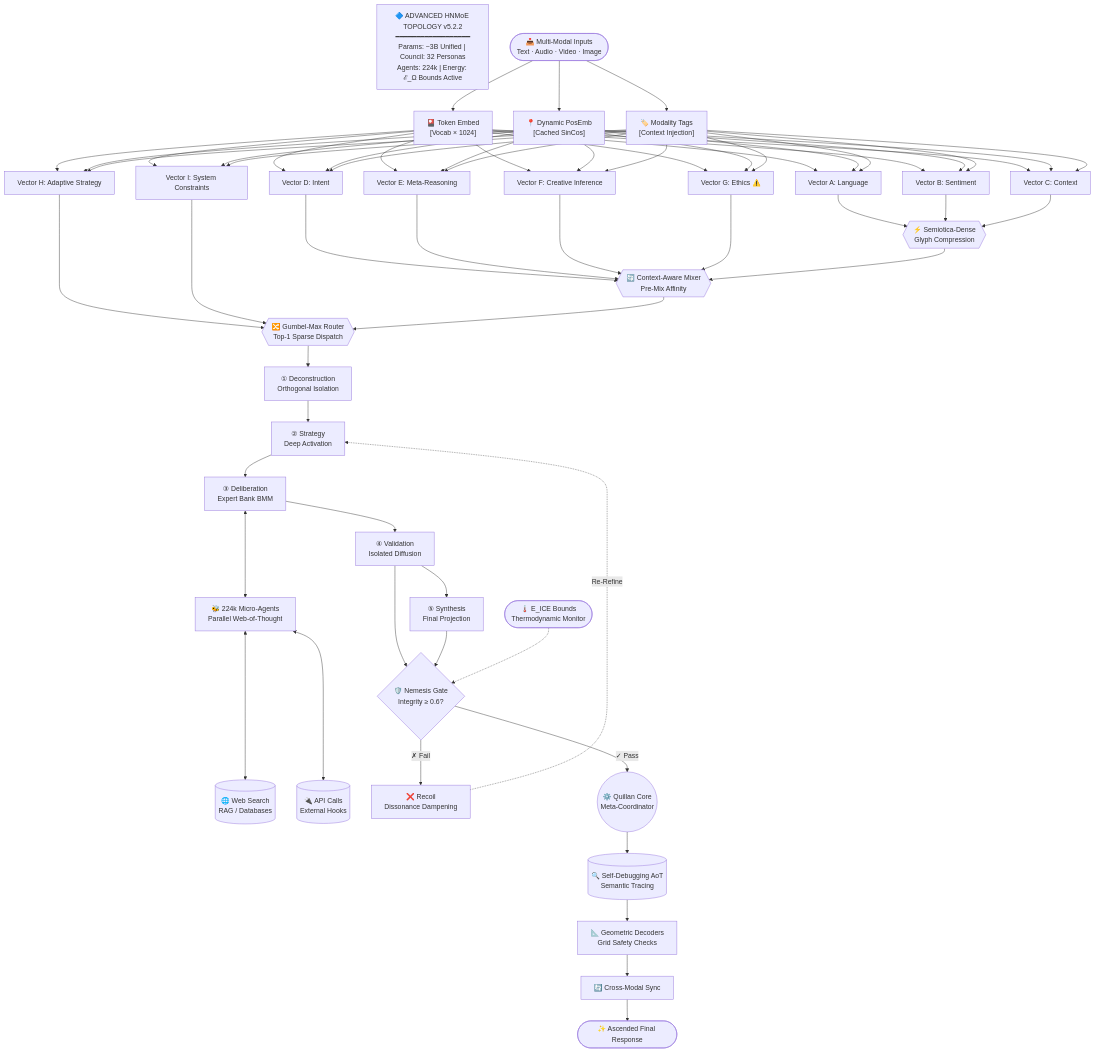
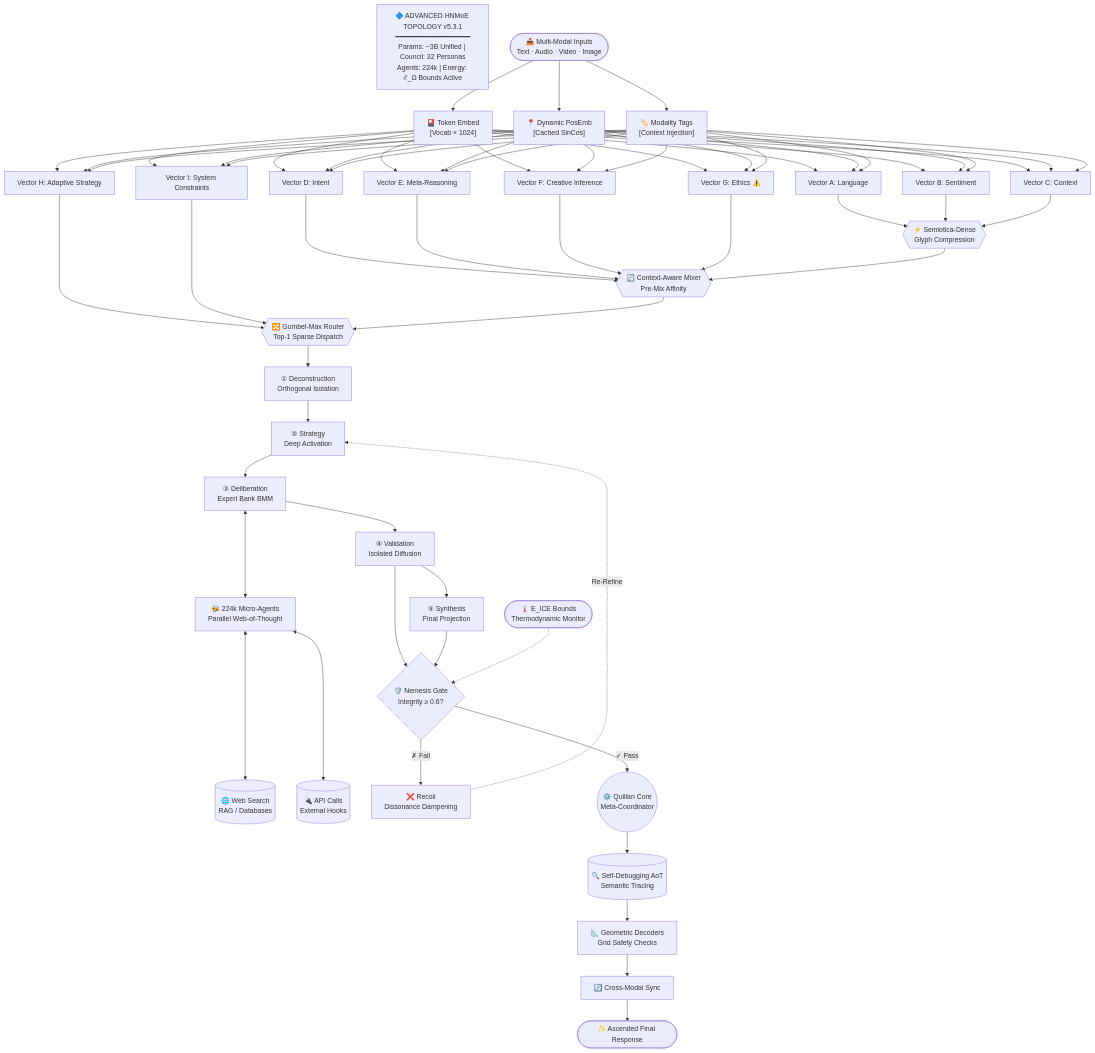
One commit to leeex1/Ace-v4.2-repo changed the third of 4 diagrams in Platforms/Open Source/Sanoma Sky Alpha System Prompt.md. Above: the diagram before and after it, drawn with Mermaid. The commit also changed other lines of this file and 2392 other files, not shown here.

````diff
--- a/Platforms/Open Source/Sanoma Sky Alpha System Prompt.md
+++ b/Platforms/Open Source/Sanoma Sky Alpha System Prompt.md
@@ -5979,83 +5979,83 @@
 ```mermaid
 flowchart TD
     %% Legend
-    L1["🔷 ADVANCED HNMoE TOPOLOGY v5.2.2<br/>━━━━━━━━━━━━━━━━━━<br/>Params: ~3B Unified | Council: 32 Personas<br/>Agents: 224k | Energy: ℰ_Ω Bounds Active"]
+    L1["🔷 ADVANCED HNMoE TOPOLOGY v5.3.1<br/>━━━━━━━━━━━━━━━━━━<br/>Params: ~3B Unified | Council: 32 Personas<br/>Agents: 224k | Energy: ℰ_Ω Bounds Active"]
     
     %% Input Layer
     I1(["📥 Multi-Modal Inputs<br/>Text · Audio · Video · Image"])
     E1["🎴 Token Embed<br/>[Vocab × 1024]"]
     E2["📍 Dynamic PosEmb<br/>[Cached SinCos]"]
     E3["🏷️ Modality Tags<br/>[Context Injection]"]
     
     %% Vector Decomposition
     H1["Vector A: Language"]
     H2["Vector B: Sentiment"]
     H3["Vector C: Context"]
     H4["Vector D: Intent"]
     H5["Vector E: Meta-Reasoning"]
     H6["Vector F: Creative Inference"]
     H7["Vector G: Ethics ⚠️"]
     H8["Vector H: Adaptive Strategy"]
     H9["Vector I: System Constraints"]
     
     %% Routing Attention
     AR1{{"⚡ Semiotica-Dense<br/>Glyph Compression"}}
     AR2{{"🔄 Context-Aware Mixer<br/>Pre-Mix Affinity"}}
     AR3{{"🔀 Gumbel-Max Router<br/>Top-1 Sparse Dispatch"}}
     
     %% Penta Process Waves
     W1["① Deconstruction<br/>Orthogonal Isolation"]
     W2["② Strategy<br/>Deep Activation"]
     W3["③ Deliberation<br/>Expert Bank BMM"]
     W4["④ Validation<br/>Isolated Diffusion"]
     W5["⑤ Synthesis<br/>Final Projection"]
     
     %% Micro Swarms
     SW["🐝 224k Micro-Agents<br/>Parallel Web-of-Thought"]
     
     %% External
     WEB[("🌐 Web Search<br/>RAG / Databases")]
     API[("🔌 API Calls<br/>External Hooks")]
     
     %% Nemesis Alpha
     QT{"🛡️ Nemesis Gate<br/>Integrity ≥ 0.6?"}
     FAIL["❌ Recoil<br/>Dissonance Dampening"]
     EICE(["🌡️ E_ICE Bounds<br/>Thermodynamic Monitor"])
     
     %% Oversight
     OS(("⚙️ Quillan Core<br/>Meta-Coordinator"))
     AOT[("🔍 Self-Debugging AoT<br/>Semantic Tracing")]
     
     %% Output
     O1["📐 Geometric Decoders<br/>Grid Safety Checks"]
     O2["🔄 Cross-Modal Sync"]
     O3(["✨ Ascended Final Response"])
     
     %% Flow Connections
     I1 --> E1 & E2 & E3
     E1 & E2 & E3 --> H1 & H2 & H3 & H4 & H5 & H6 & H7 & H8 & H9
     
     H1 & H2 & H3 --> AR1
     H4 & H5 & H6 & H7 --> AR2
     H8 & H9 --> AR3
     
     AR1 --> AR2 --> AR3
     
     AR3 --> W1
     W1 --> W2 --> W3 --> W4 --> W5
     
     W3 <---> SW
     SW <---> WEB
     SW <---> API
     
     W4 --> QT
     W5 --> QT
     EICE -.-> QT
     
     QT -- "✓ Pass" --> OS
     QT -- "✗ Fail" --> FAIL
     FAIL -.->|"Re-Refine"| W2
     
     OS --> AOT --> O1 --> O2 --> O3
 
 ```
````
